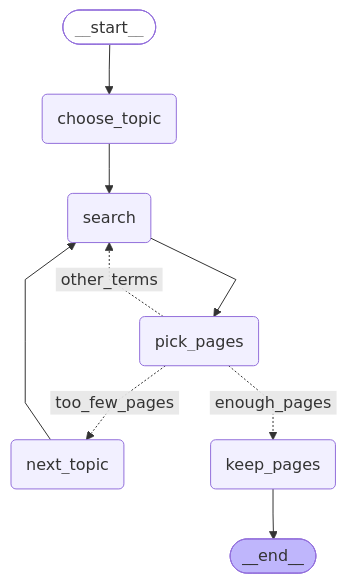
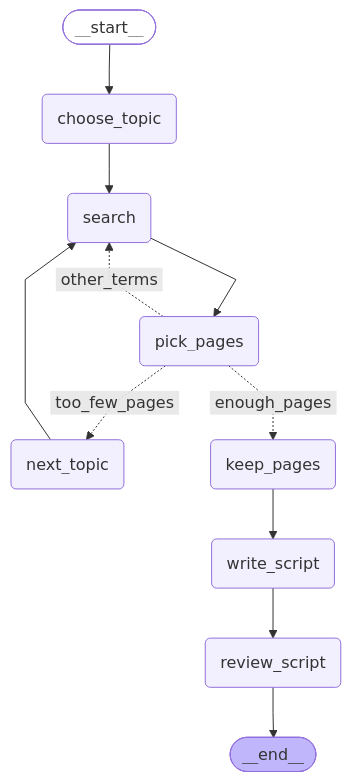
One commit to luis-fk/projects changed the diagram in backend/news_podcast/README.md. Above: the diagram before and after it, drawn with Mermaid. The commit also changed other lines of this file and 13 other files, not shown here.

Commit message:
news_podcast's lesson graph writes the script from its pages and reviews it against them, within the lesson's word range

````diff
--- a/backend/news_podcast/README.md
+++ b/backend/news_podcast/README.md
@@ -214,26 +230,30 @@
 ```mermaid
 ---
 config:
   flowchart:
     curve: linear
 ---
 graph TD;
 	__start__([<p>__start__</p>]):::first
 	choose_topic(choose_topic)
 	search(search)
 	pick_pages(pick_pages)
 	next_topic(next_topic)
 	keep_pages(keep_pages)
+	write_script(write_script)
+	review_script(review_script)
 	__end__([<p>__end__</p>]):::last
 	__start__ --> choose_topic;
 	choose_topic --> search;
+	keep_pages --> write_script;
 	next_topic --> search;
 	pick_pages -. &nbsp;enough_pages&nbsp; .-> keep_pages;
 	pick_pages -. &nbsp;too_few_pages&nbsp; .-> next_topic;
 	pick_pages -. &nbsp;other_terms&nbsp; .-> search;
 	search --> pick_pages;
-	keep_pages --> __end__;
+	write_script --> review_script;
+	review_script --> __end__;
 	classDef default fill:#f2f0ff,line-height:1.2
 	classDef first fill-opacity:0
 	classDef last fill:#bfb6fc
 ```
````
